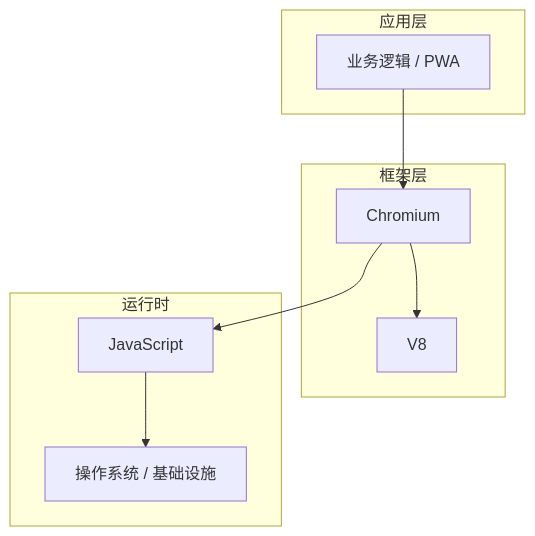
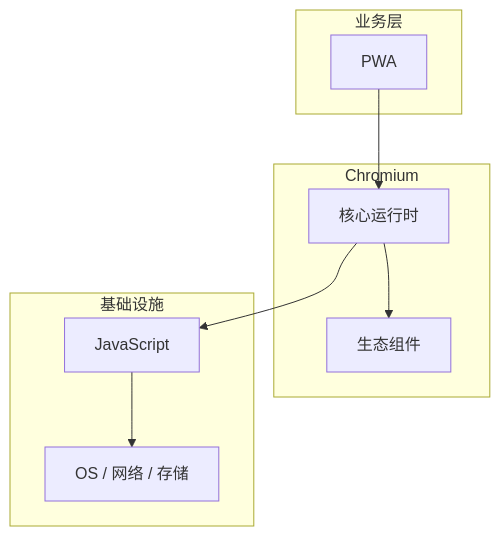
One commit to yanggan2015/knowledge-json-v2 changed the diagram in articles/浏览器原理/chapters/085-PWA核心概念与原理.md. Above: the diagram before and after it, drawn with Mermaid. The commit also changed other lines of this file and 10127 other files, not shown here.

````diff
--- a/articles/浏览器原理/chapters/085-PWA核心概念与原理.md
+++ b/articles/浏览器原理/chapters/085-PWA核心概念与原理.md
@@ -45,18 +34,18 @@
 ```mermaid
 graph TB
-    subgraph 应用层
-        A[业务逻辑 / PWA]
+    subgraph 业务层
+        A[PWA]
     end
-    subgraph 框架层
-        B[Chromium]
-        C[V8]
+    subgraph Chromium
+        B[核心运行时]
+        C[生态组件]
     end
-    subgraph 运行时
+    subgraph 基础设施
         D[JavaScript]
-        E[操作系统 / 基础设施]
+        E[OS / 网络 / 存储]
     end
     A --> B
     B --> C
     B --> D
     D --> E
 ```
````
